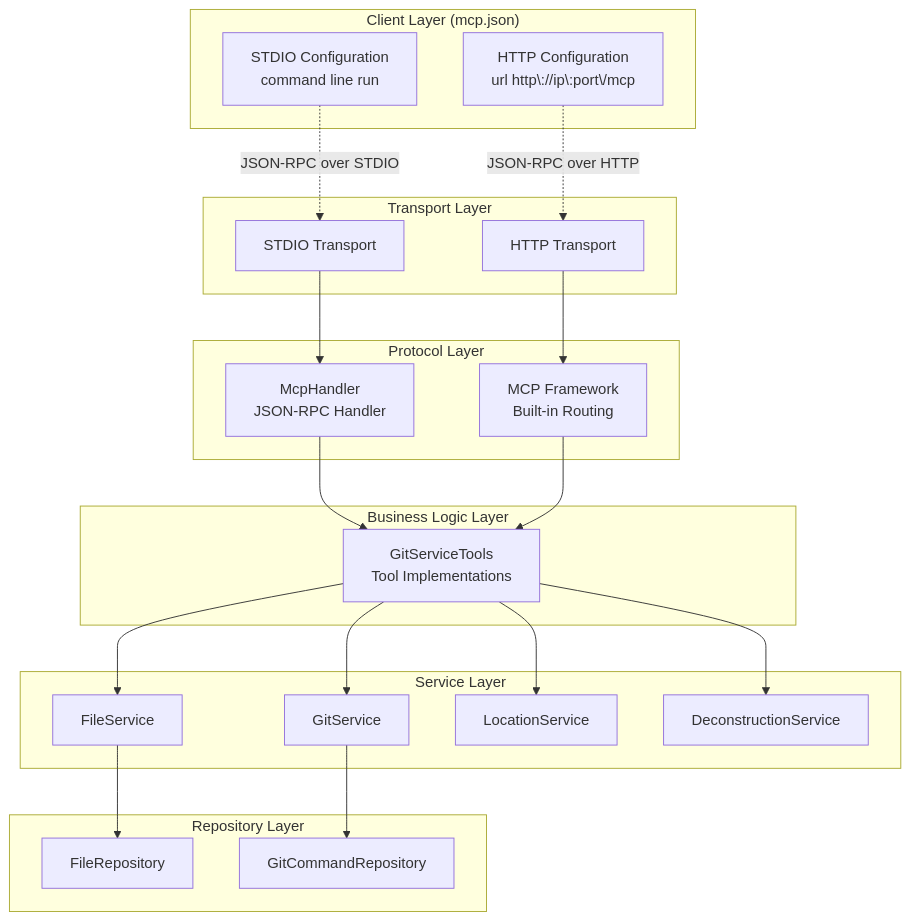
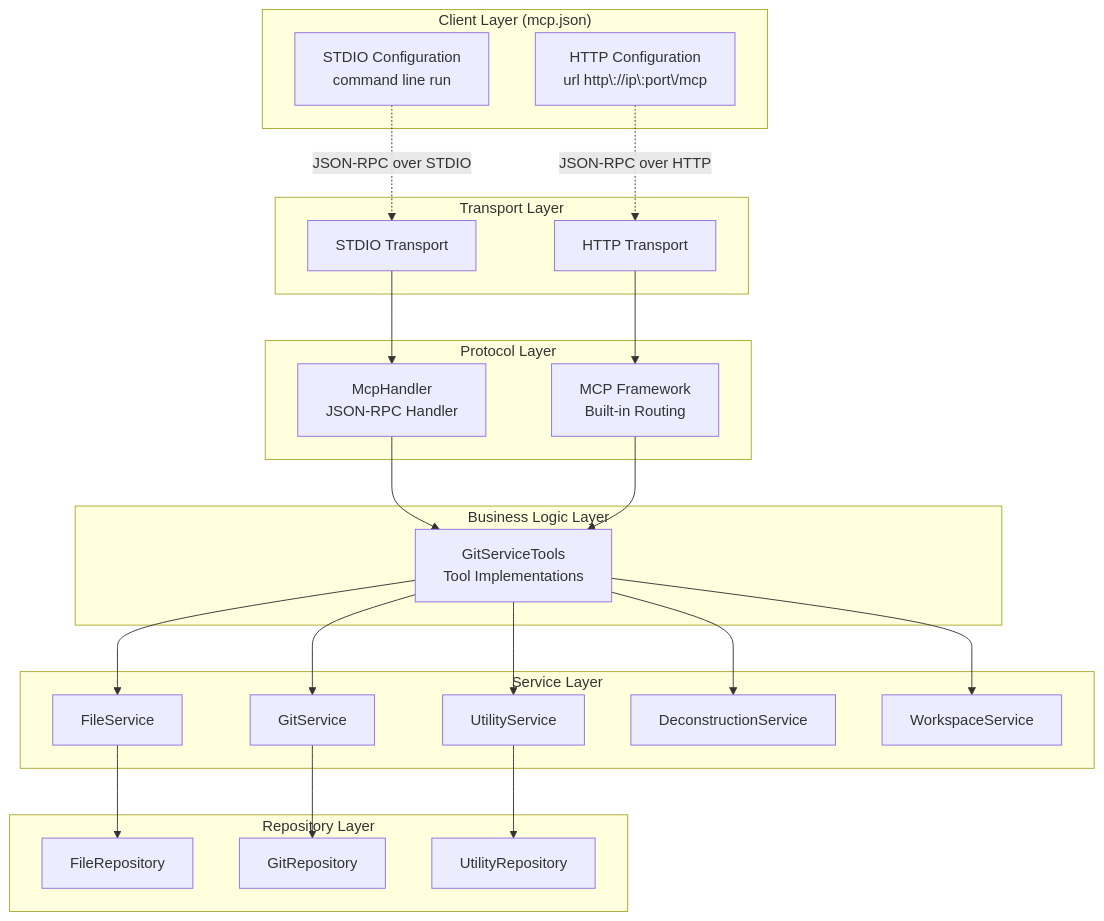
One commit to MCPRUNNER/GitVisionMCP changed the first of 9 diagrams in Documentation/ARCHITECTURE.md. Above: the diagram before and after it, drawn with Mermaid. The commit also changed other lines of this file and 17 other files, not shown here.

Commit message:
Refactoring UtilityService and updating arch doc

````diff
--- a/Documentation/ARCHITECTURE.md
+++ b/Documentation/ARCHITECTURE.md
@@ -9,49 +9,53 @@
 ```mermaid
 graph TB
     subgraph "Client Layer (mcp.json)"
         VSCode[STDIO Configuration<br/>command line run]
         HTTPClient[HTTP Configuration<br/>url http\://ip\:port\/mcp]
     end
 
     subgraph "Transport Layer"
         STDIO[STDIO Transport]
         HTTP[HTTP Transport]
     end
 
     subgraph "Protocol Layer"
         McpHandler[McpHandler<br/>JSON-RPC Handler]
         McpFramework[MCP Framework<br/>Built-in Routing]
     end
 
     subgraph "Business Logic Layer"
         GitServiceTools[GitServiceTools<br/>Tool Implementations]
     end
 
     subgraph "Service Layer"
         GitService[GitService]
         FileService[FileService]
-        LocationService[LocationService]
+        UtilityService[UtilityService]
         DeconstructionService[DeconstructionService]
+        WorkspaceService[WorkspaceService]
     end
     subgraph "Repository Layer"
         FileRepository[FileRepository]
-        GitRepository[GitCommandRepository]
+        GitRepository[GitRepository]
+        UtilityRepository[UtilityRepository]
     end
     VSCode -.->|JSON-RPC over STDIO| STDIO
     HTTPClient -.->|JSON-RPC over HTTP| HTTP
 
     STDIO --> McpHandler
     HTTP --> McpFramework
 
     McpHandler --> GitServiceTools
     McpFramework --> GitServiceTools
 
     GitServiceTools --> GitService
     GitServiceTools --> FileService
-    GitServiceTools --> LocationService
+    GitServiceTools --> UtilityService
     GitServiceTools --> DeconstructionService
+    GitServiceTools --> WorkspaceService
     FileService --> FileRepository
     GitService --> GitRepository
+    UtilityService --> UtilityRepository
 
 
 ```
````
